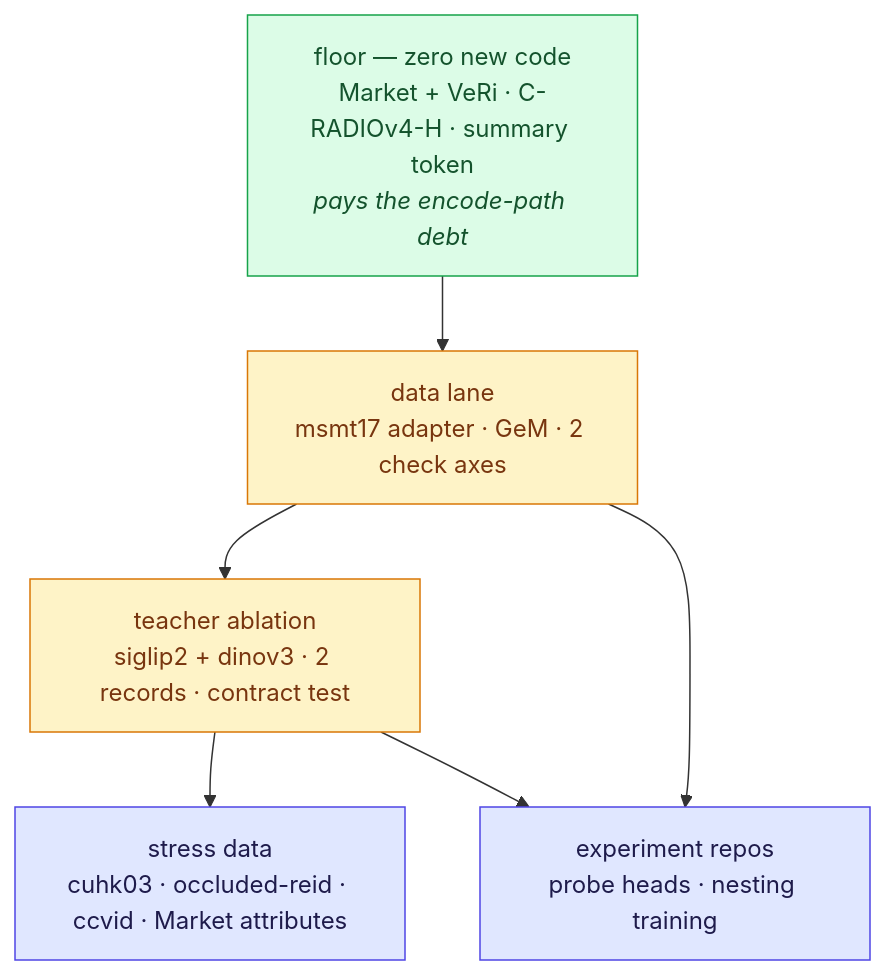
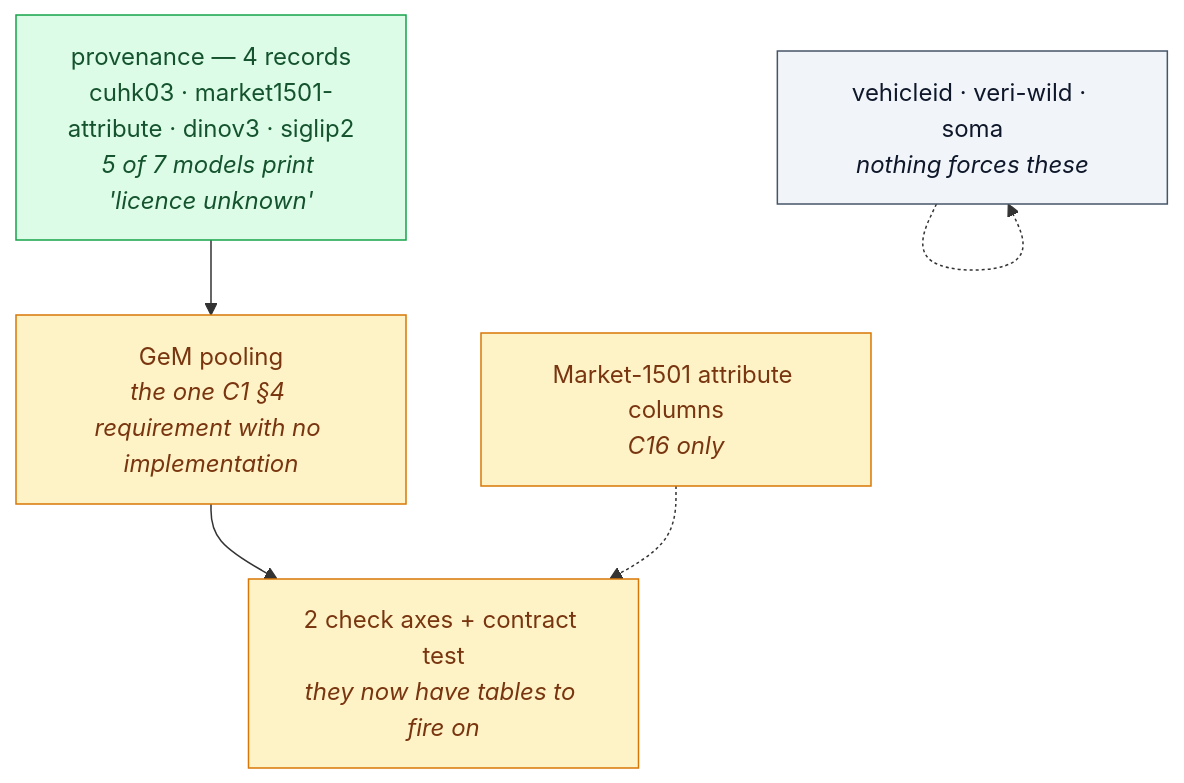
Before and after one commit to karolmajek/torment-nexus: the second of 2 diagrams in docs/project/38-reidbench-owed.md, drawn with Mermaid. The commit also changed other lines of this file and 618 other files, not shown here.

````diff
--- a/docs/project/38-reidbench-owed.md
+++ b/docs/project/38-reidbench-owed.md
@@ -125,18 +143,19 @@
 ```mermaid
 flowchart TD
-    F["floor — zero new code<br/>Market + VeRi · C-RADIOv4-H · summary token<br/><i>pays the encode-path debt</i>"]
-    D["data lane<br/>msmt17 adapter · GeM · 2 check axes"]
-    T["teacher ablation<br/>siglip2 + dinov3 · 2 records · contract test"]
-    S["stress data<br/>cuhk03 · occluded-reid · ccvid · Market attributes"]
-    X["experiment repos<br/>probe heads · nesting training"]
-    F --> D --> T --> S
-    D --> X
-    T --> X
+    P["provenance — 4 records<br/>cuhk03 · market1501-attribute · dinov3 · siglip2<br/><i>5 of 7 models print 'licence unknown'</i>"]
+    G["GeM pooling<br/><i>the one C1 §4 requirement with no implementation</i>"]
+    C["2 check axes + contract test<br/><i>they now have tables to fire on</i>"]
+    A["Market-1501 attribute columns<br/><i>C16 only</i>"]
+    N["vehicleid · veri-wild · soma<br/><i>nothing forces these</i>"]
+
+    P --> G --> C
+    A -.-> C
+    N -.-> N
 
     classDef now fill:#dcfce7,stroke:#16a34a,color:#14532d
     classDef next fill:#fef3c7,stroke:#d97706,color:#78350f
-    classDef later fill:#e0e7ff,stroke:#4f46e5,color:#1e1b4b
-    class F now
-    class D,T next
-    class S,X later
+    classDef never fill:#f1f5f9,stroke:#475569,color:#0f172a
+    class P now
+    class G,C,A next
+    class N never
 ```
````
